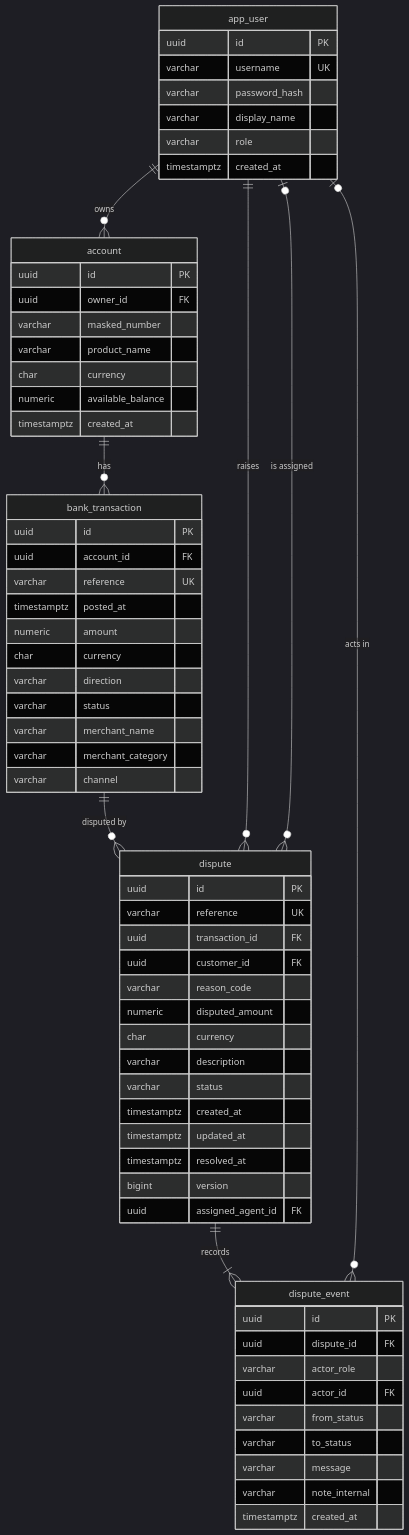
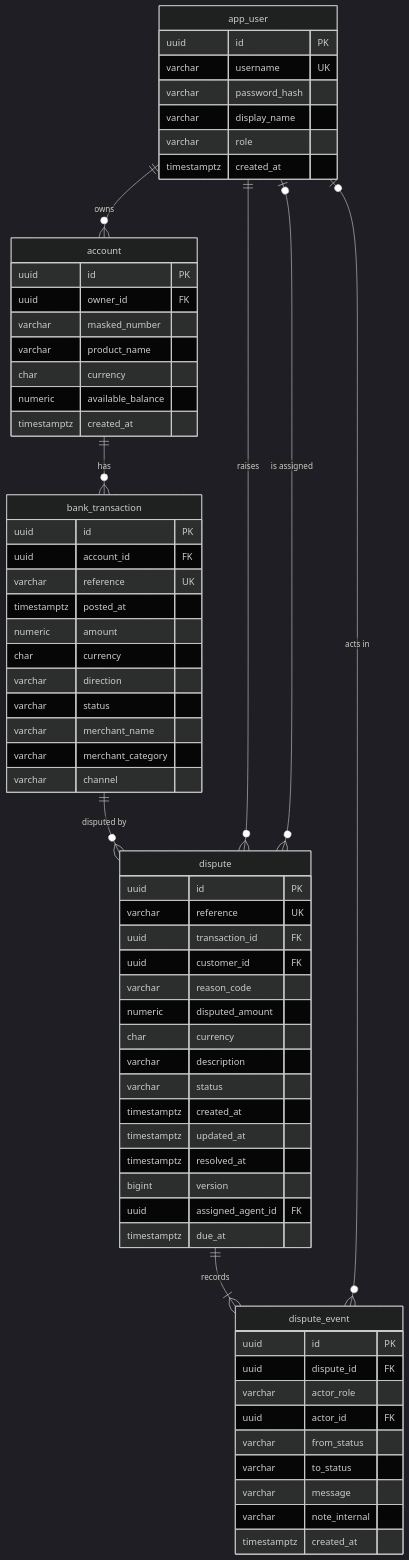
Before and after one commit to clyde-homu/transactions-dispute-portal: the second of 2 diagrams in docs/domain.md, drawn with Mermaid (dark theme). The commit also changed other lines of this file and 5 other files, not shown here.

````diff
--- a/docs/domain.md
+++ b/docs/domain.md
@@ -267,68 +309,69 @@
 ```mermaid
 erDiagram
     app_user ||--o{ account : owns
     account ||--o{ bank_transaction : has
     bank_transaction ||--o{ dispute : "disputed by"
     app_user ||--o{ dispute : raises
     app_user |o--o{ dispute : "is assigned"
     dispute ||--|{ dispute_event : records
     app_user |o--o{ dispute_event : "acts in"
 
     app_user {
         uuid id PK
         varchar username UK
         varchar password_hash
         varchar display_name
         varchar role
         timestamptz created_at
     }
     account {
         uuid id PK
         uuid owner_id FK
         varchar masked_number
         varchar product_name
         char currency
         numeric available_balance
         timestamptz created_at
     }
     bank_transaction {
         uuid id PK
         uuid account_id FK
         varchar reference UK
         timestamptz posted_at
         numeric amount
         char currency
         varchar direction
         varchar status
         varchar merchant_name
         varchar merchant_category
         varchar channel
     }
     dispute {
         uuid id PK
         varchar reference UK
         uuid transaction_id FK
         uuid customer_id FK
         varchar reason_code
         numeric disputed_amount
         char currency
         varchar description
         varchar status
         timestamptz created_at
         timestamptz updated_at
         timestamptz resolved_at
         bigint version
         uuid assigned_agent_id FK
+        timestamptz due_at
     }
     dispute_event {
         uuid id PK
         uuid dispute_id FK
         varchar actor_role
         uuid actor_id FK
         varchar from_status
         varchar to_status
         varchar message
         varchar note_internal
         timestamptz created_at
     }
 ```
````
